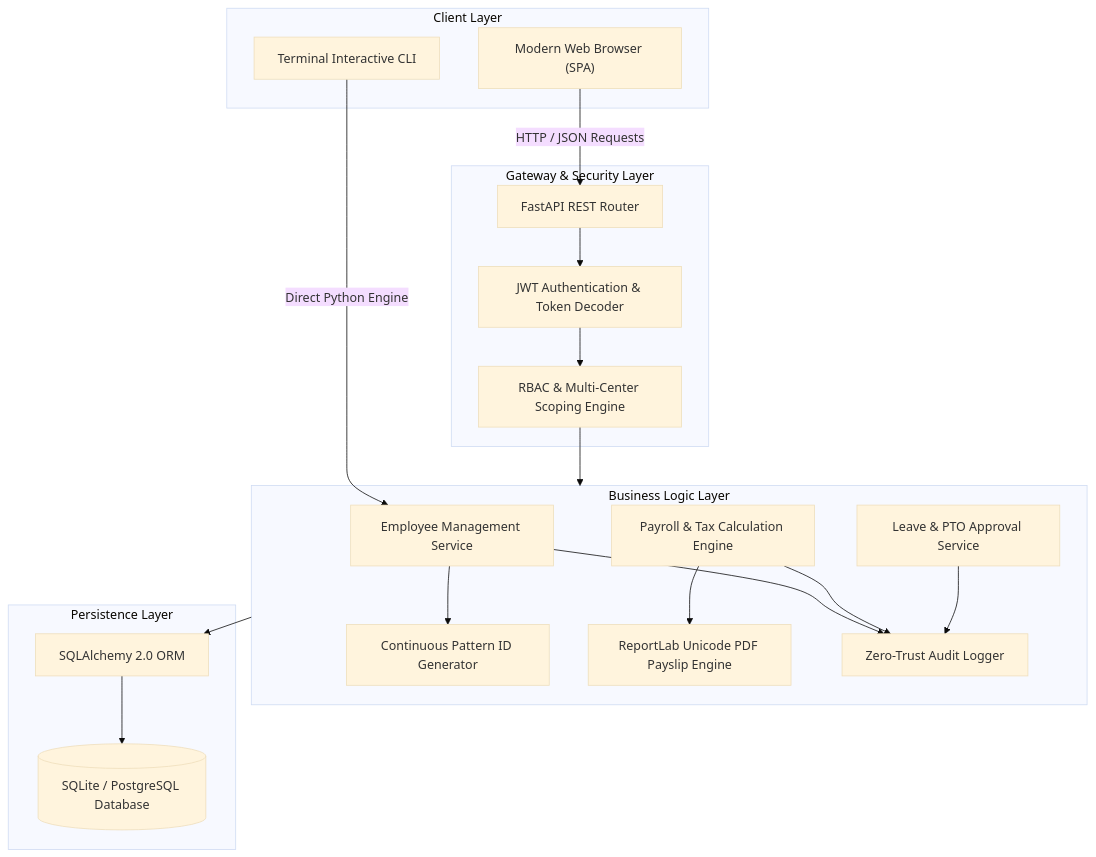
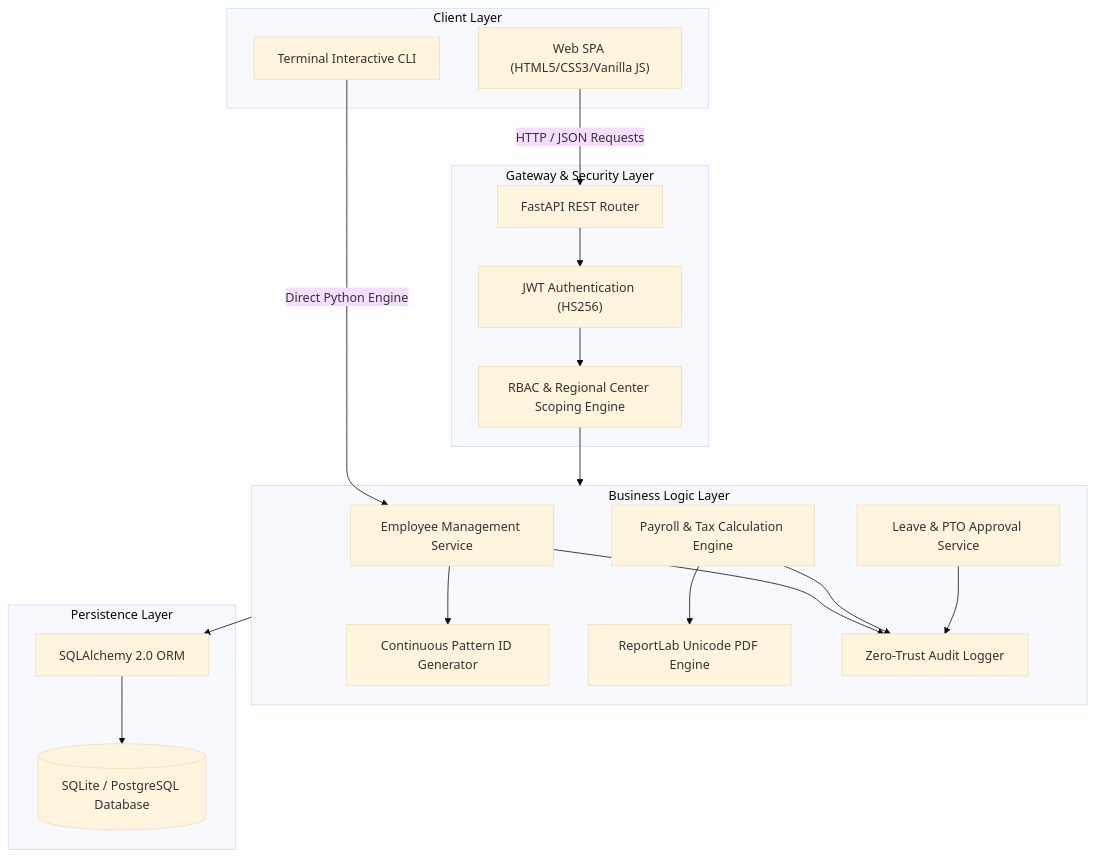
The first of 2 diagrams in README.md (sohan1saha/employee-management), drawn with Mermaid (base theme) before and after one commit. The commit also changed other lines of this file and 9 other files, not shown here.

Commit message:
docs: add ER diagram, 8 application screenshots, and professional demo credentials

````diff
--- a/README.md
+++ b/README.md
@@ -92,41 +137,41 @@
 ```mermaid
 flowchart TD
     subgraph Clients["Client Layer"]
-        Browser["Modern Web Browser (SPA)"]
+        Browser["Web SPA (HTML5/CSS3/Vanilla JS)"]
         CLI["Terminal Interactive CLI"]
     end
 
     subgraph Security["Gateway & Security Layer"]
         Router["FastAPI REST Router"]
-        JWTAuth["JWT Authentication & Token Decoder"]
-        RBAC["RBAC & Multi-Center Scoping Engine"]
+        JWTAuth["JWT Authentication (HS256)"]
+        RBAC["RBAC & Regional Center Scoping Engine"]
     end
 
     subgraph Services["Business Logic Layer"]
         EmpService["Employee Management Service"]
         IDGen["Continuous Pattern ID Generator"]
         PayService["Payroll & Tax Calculation Engine"]
-        PDFGen["ReportLab Unicode PDF Payslip Engine"]
+        PDFGen["ReportLab Unicode PDF Engine"]
         LeaveService["Leave & PTO Approval Service"]
         AuditService["Zero-Trust Audit Logger"]
     end
 
     subgraph Data["Persistence Layer"]
         ORM["SQLAlchemy 2.0 ORM"]
         DB[("SQLite / PostgreSQL Database")]
     end
 
     Browser -->|HTTP / JSON Requests| Router
     CLI -->|Direct Python Engine| EmpService
 
     Router --> JWTAuth
     JWTAuth --> RBAC
     RBAC --> Services
 
     EmpService --> IDGen
     PayService --> PDFGen
     EmpService & PayService & LeaveService --> AuditService
 
     Services --> ORM
     ORM --> DB
 ```
````
